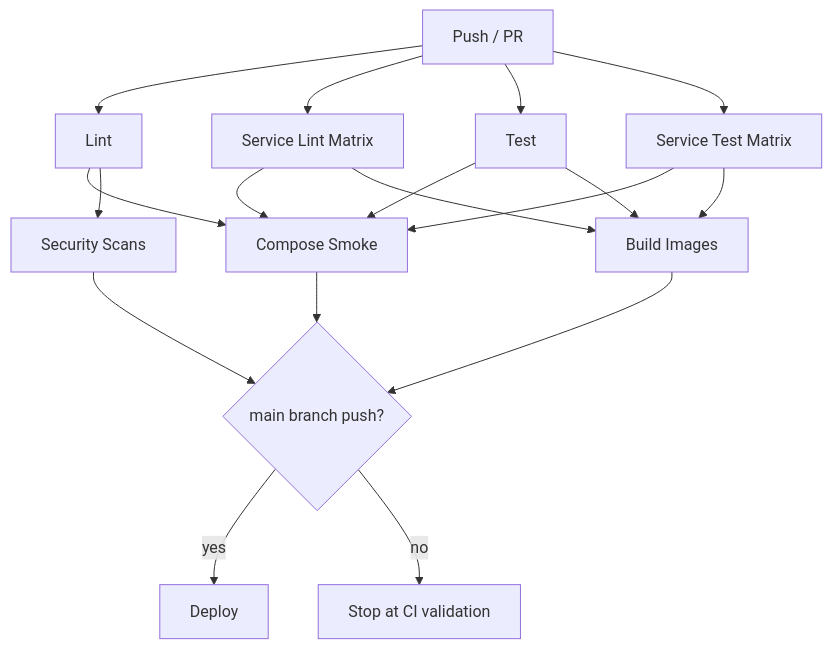
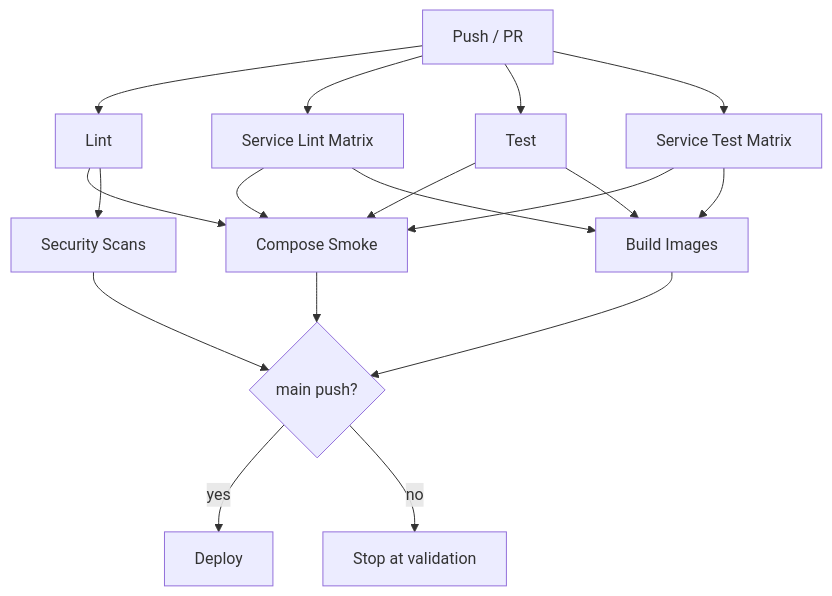
One commit to fabiooraziomirto/nexora-platform changed the third of 3 diagrams in README.md. Above: the diagram before and after it, drawn with Mermaid. The commit also changed other lines of this file, not shown here.

````diff
--- a/README.md
+++ b/README.md
@@ -194,20 +226,20 @@
 ```mermaid
 flowchart TD
     A[Push / PR] --> B[Lint]
     A --> C[Service Lint Matrix]
     A --> D[Test]
     A --> E[Service Test Matrix]
     B --> F[Compose Smoke]
     C --> F
     D --> F
     E --> F
     B --> G[Security Scans]
     C --> H[Build Images]
     D --> H
     E --> H
-    G --> I{main branch push?}
+    G --> I{main push?}
     H --> I
     F --> I
     I -->|yes| J[Deploy]
-    I -->|no| K[Stop at CI validation]
+    I -->|no| K[Stop at validation]
 ```
````
